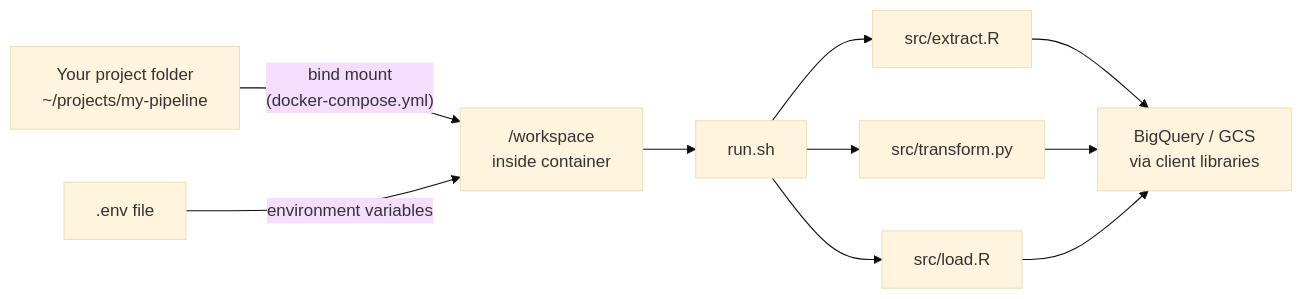
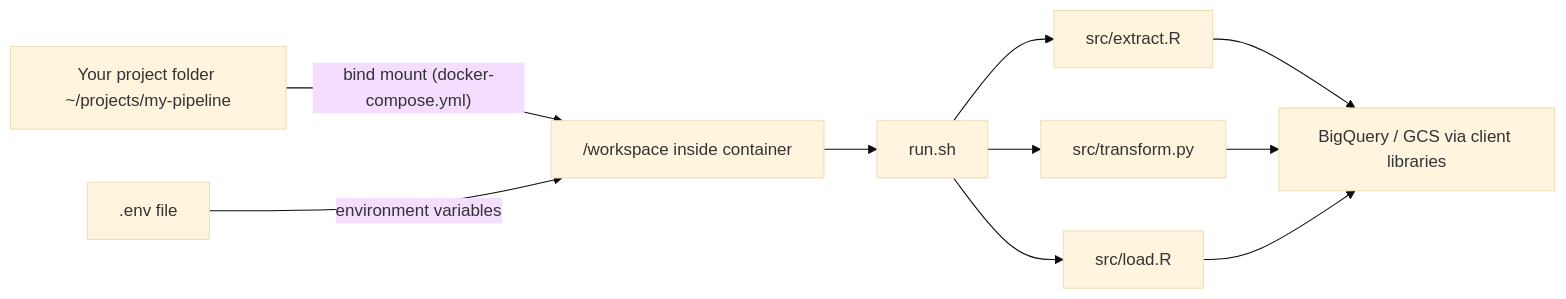
The second of 3 diagrams in docs/architecture.md (Ch3w3y/docker_gcp), drawn with Mermaid (base theme) before and after one commit. The commit also changed other lines of this file and 10 other files, not shown here.

First line of the commit message:
Fix mermaid diagram rendering: replace literal \n with spaces

````diff
--- a/docs/architecture.md
+++ b/docs/architecture.md
@@ -317,10 +317,10 @@
 ```mermaid
 flowchart LR
-    A["Your project folder\n~/projects/my-pipeline"] -->|"bind mount\n(docker-compose.yml)"| B["/workspace\ninside container"]
+    A["Your project folder ~/projects/my-pipeline"] -->|"bind mount (docker-compose.yml)"| B["/workspace inside container"]
     C[".env file"] -->|environment variables| B
     B --> D["run.sh"]
     D --> E["src/extract.R"]
     D --> F["src/transform.py"]
     D --> G["src/load.R"]
-    E & F & G --> H["BigQuery / GCS\nvia client libraries"]
+    E & F & G --> H["BigQuery / GCS via client libraries"]
 ```
````
